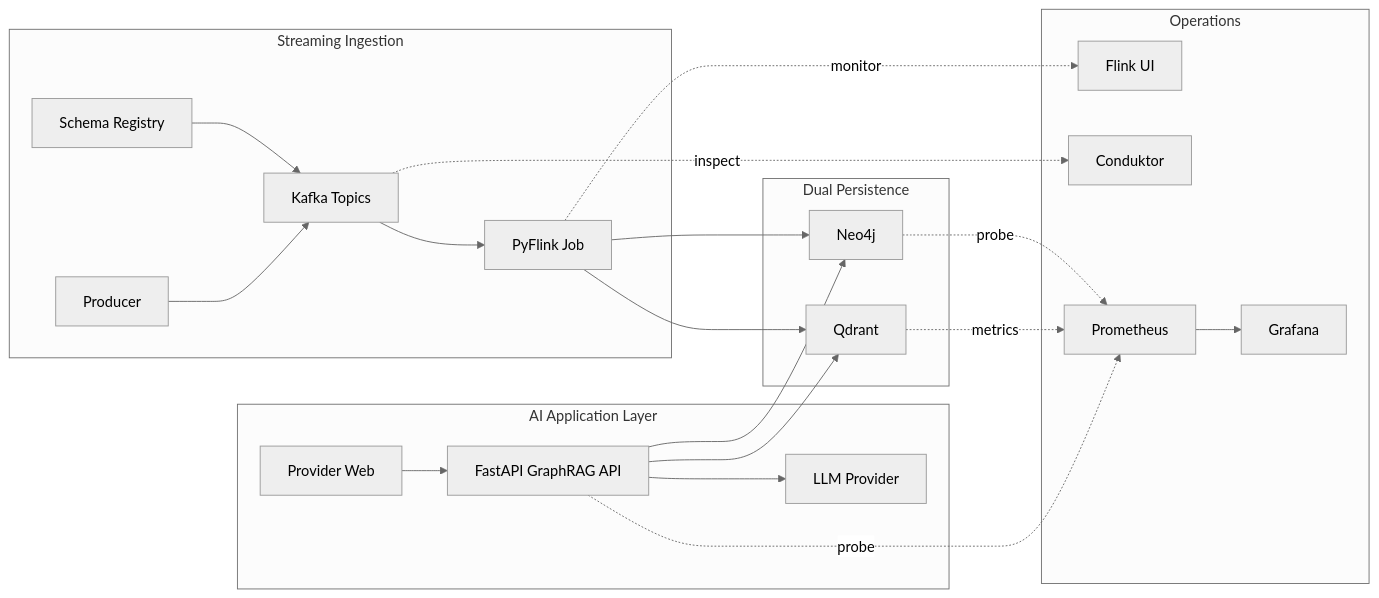
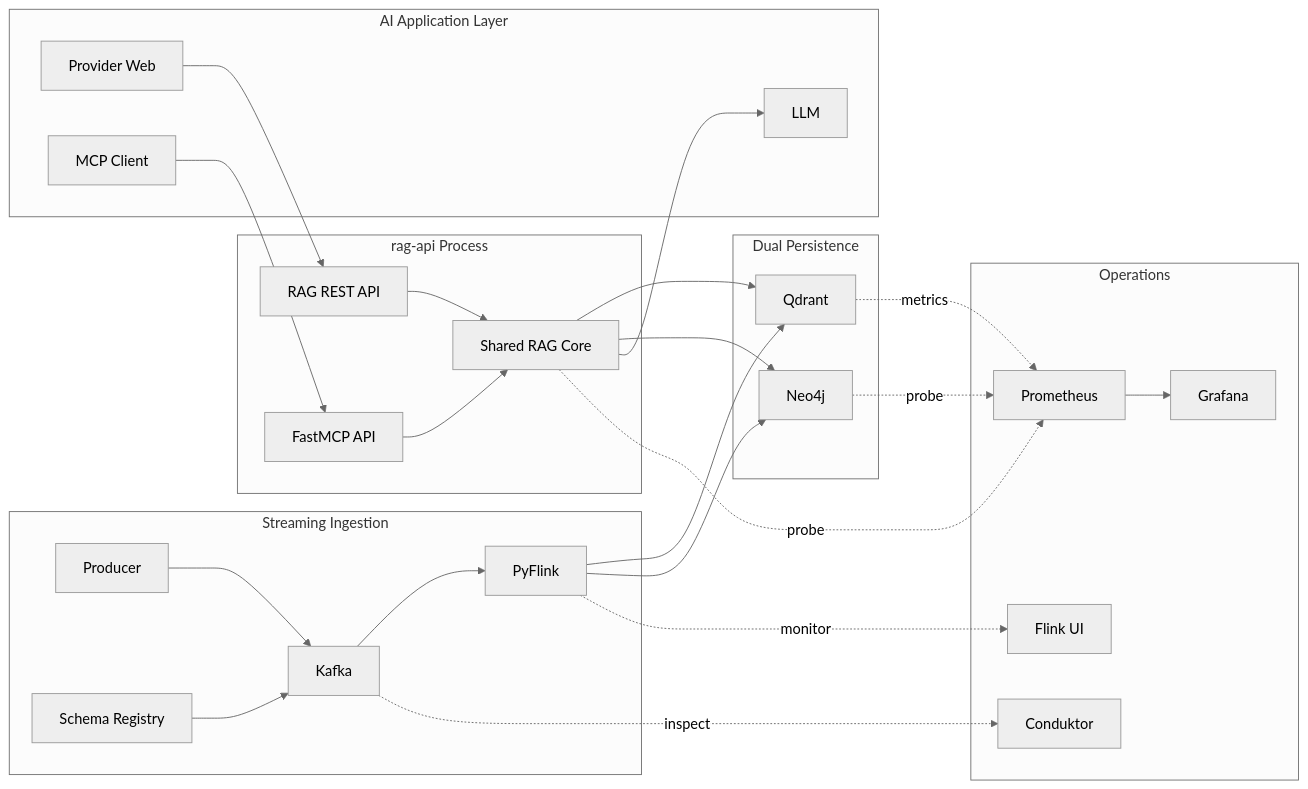
One commit to wchen-dea/Agentic-AI-Healthcare-GraphRAG changed the first of 4 diagrams in docs/ARCHITECTURE.md. Above: the diagram before and after it, drawn with Mermaid (neutral theme). The commit also changed other lines of this file and 63 other files, not shown here.

````diff
--- a/docs/ARCHITECTURE.md
+++ b/docs/ARCHITECTURE.md
@@ -76,34 +85,43 @@
 ```mermaid
 flowchart LR
   subgraph Ingestion[Streaming Ingestion]
-    P[Producer] --> K[Kafka Topics]
+    P[Producer] --> K[Kafka]
     SR[Schema Registry] --> K
-    K --> F[PyFlink Job]
+    K --> F[PyFlink]
   end
 
   subgraph Persistence[Dual Persistence]
     F --> Q[Qdrant]
     F --> N[Neo4j]
   end
 
+  subgraph APIProc[rag-api Process]
+    RAG[RAG REST API]
+    MCP[FastMCP API]
+    CORE[Shared RAG Core]
+    RAG --> CORE
+    MCP --> CORE
+  end
+
   subgraph AI[AI Application Layer]
-    UI[Provider Web] --> API[FastAPI GraphRAG API]
-    API --> Q
-    API --> N
-    API --> L[LLM Provider]
+    UI[Provider Web] --> RAG
+    MCPClient[MCP Client] --> MCP
+    CORE --> Q
+    CORE --> N
+    CORE --> L[LLM]
   end
 
   subgraph Ops[Operations]
     FL[Flink UI]
     CDK[Conduktor]
     PR[Prometheus]
     GF[Grafana]
   end
 
   K -. inspect .-> CDK
   F -. monitor .-> FL
-  API -. probe .-> PR
+  CORE -. probe .-> PR
   Q -. metrics .-> PR
   N -. probe .-> PR
   PR --> GF
 ```
````
